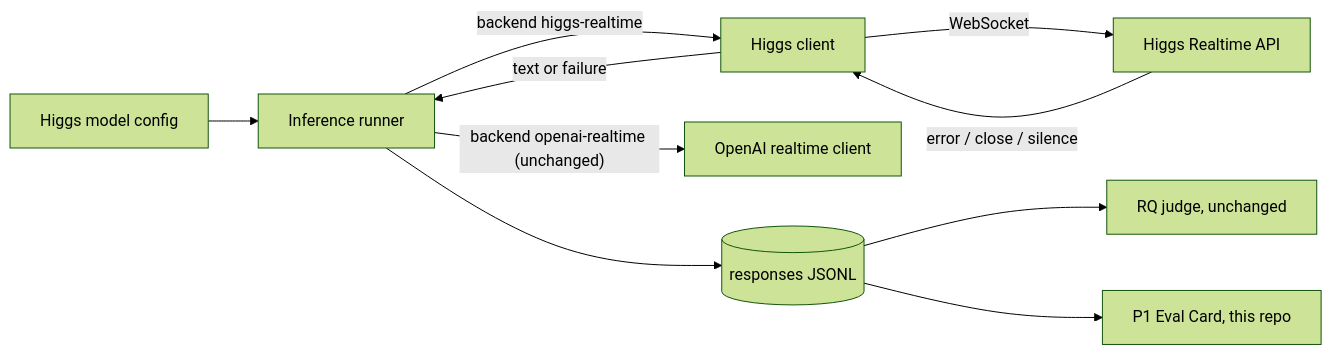
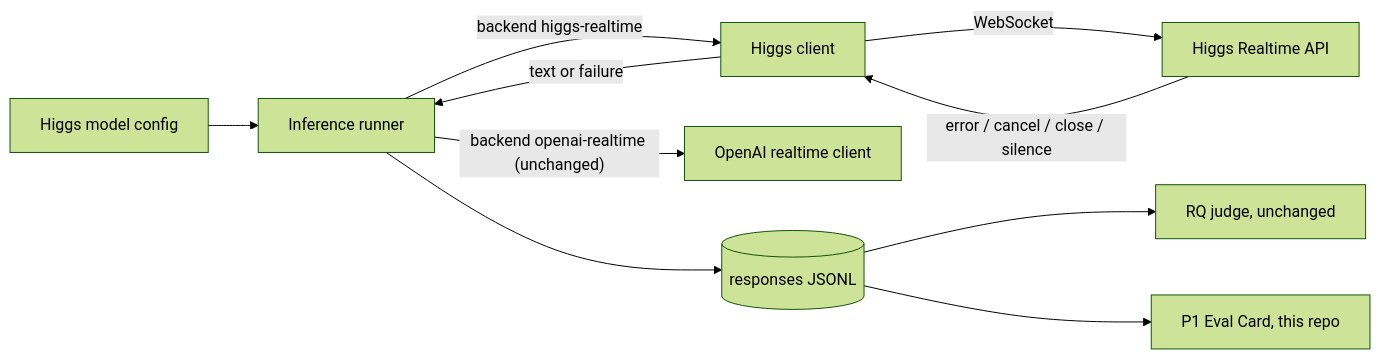
Before and after one commit to HlibHav/higgs-agent-factory: the second of 2 diagrams in specs/2026-10-24-ihbench-higgs-client.md, drawn with Mermaid (forest theme). The commit also changed other lines of this file, not shown here.

````diff
--- a/specs/2026-10-24-ihbench-higgs-client.md
+++ b/specs/2026-10-24-ihbench-higgs-client.md
@@ -183,12 +201,12 @@
 ```mermaid
 flowchart LR
   yaml["Higgs model config"] --> runner[Inference runner]
   runner -- "backend higgs-realtime" --> higgs[Higgs client]
   runner -- "backend openai-realtime (unchanged)" --> oai[OpenAI realtime client]
   higgs -- WebSocket --> api[Higgs Realtime API]
-  api -- "error / close / silence" --> higgs
+  api -- "error / cancel / close / silence" --> higgs
   higgs -- "text or failure" --> runner
   runner --> jsonl[(responses JSONL)]
   jsonl --> judge[RQ judge, unchanged]
   jsonl --> factory[P1 Eval Card, this repo]
 ```
````
